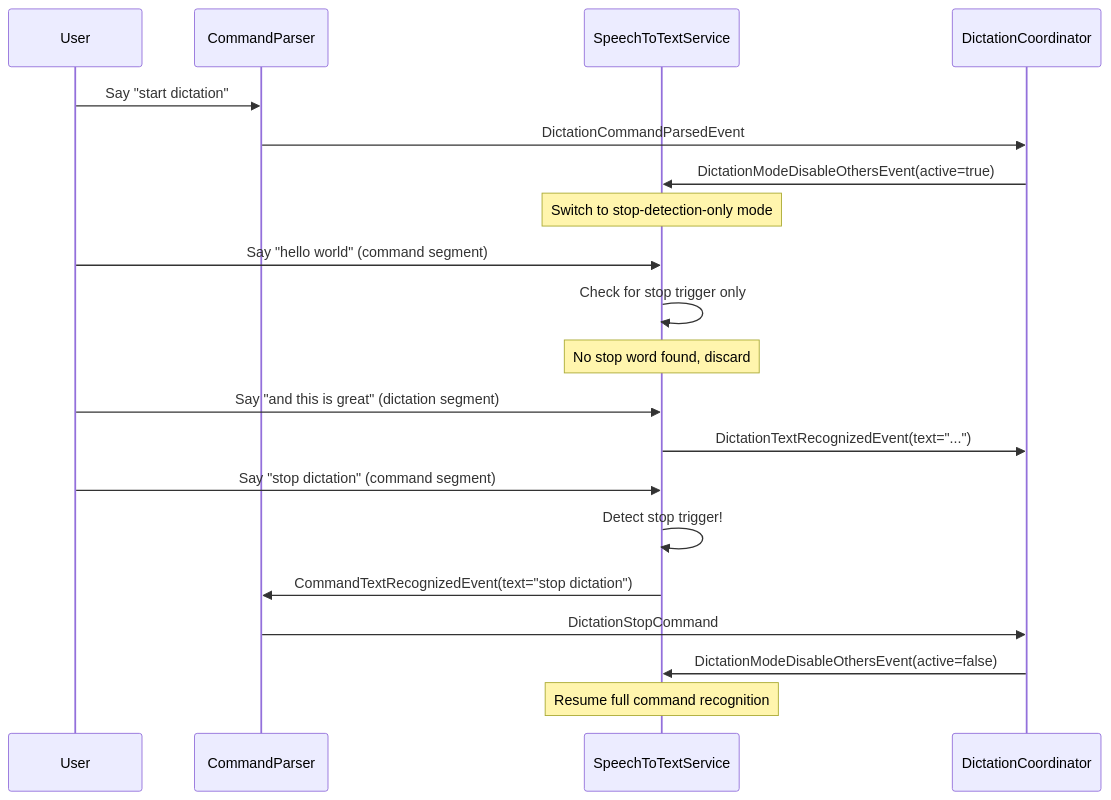
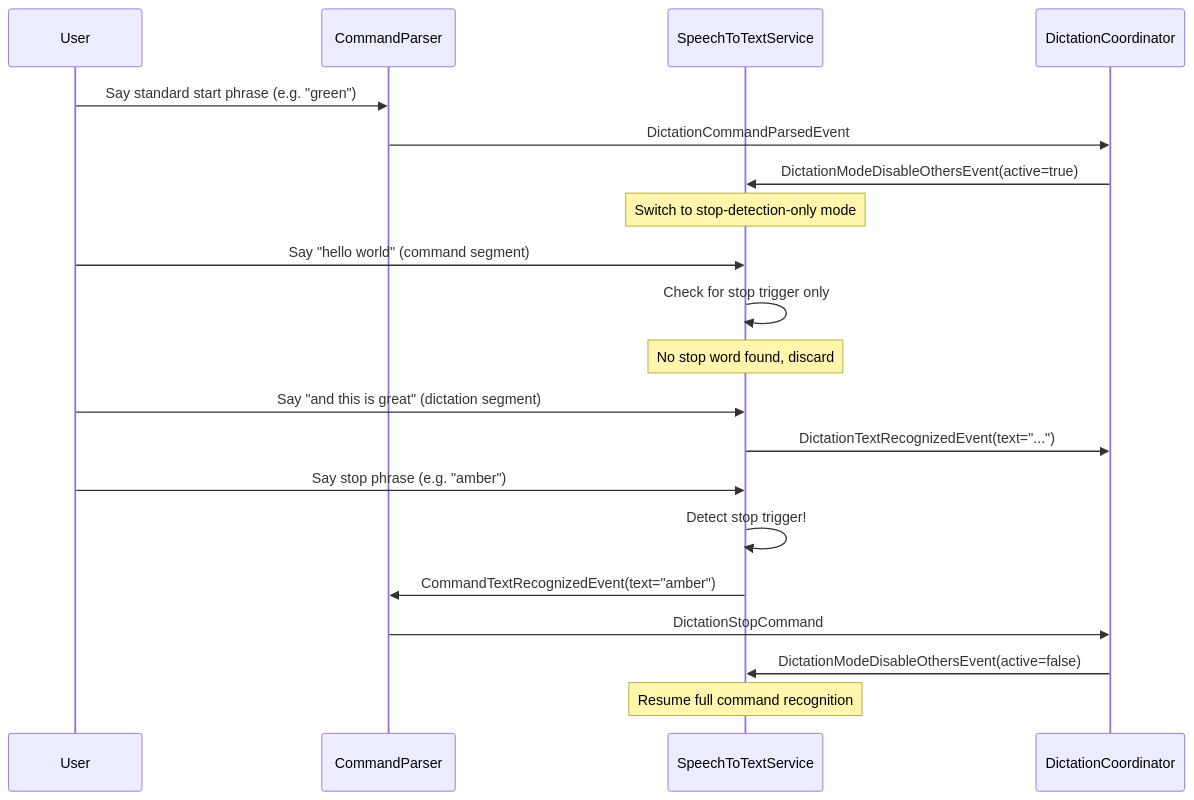
The second of 4 diagrams in docs/developer/speech_and_sound_recognition.rst (rick12000/vocalance), drawn with Mermaid before and after one commit. The commit also changed other lines of this file and 16 other files, not shown here.

```diff
--- a/docs/developer/speech_and_sound_recognition.rst
+++ b/docs/developer/speech_and_sound_recognition.rst
@@ -75,26 +75,26 @@
 .. mermaid::
 
    sequenceDiagram
        participant U as User
        participant Parser as CommandParser
        participant STT as SpeechToTextService
        participant Coord as DictationCoordinator
 
-       U->>Parser: Say "start dictation"
+       U->>Parser: Say standard start phrase (e.g. "green")
        Parser->>Coord: DictationCommandParsedEvent
        Coord->>STT: DictationModeDisableOthersEvent(active=true)
        Note over STT: Switch to stop-detection-only mode
 
        U->>STT: Say "hello world" (command segment)
        STT->>STT: Check for stop trigger only
        Note over STT: No stop word found, discard
 
        U->>STT: Say "and this is great" (dictation segment)
        STT->>Coord: DictationTextRecognizedEvent(text="...")
 
-       U->>STT: Say "stop dictation" (command segment)
+       U->>STT: Say stop phrase (e.g. "amber")
        STT->>STT: Detect stop trigger!
-       STT->>Parser: CommandTextRecognizedEvent(text="stop dictation")
+       STT->>Parser: CommandTextRecognizedEvent(text="amber")
        Parser->>Coord: DictationStopCommand
        Coord->>STT: DictationModeDisableOthersEvent(active=false)
        Note over STT: Resume full command recognition
```
